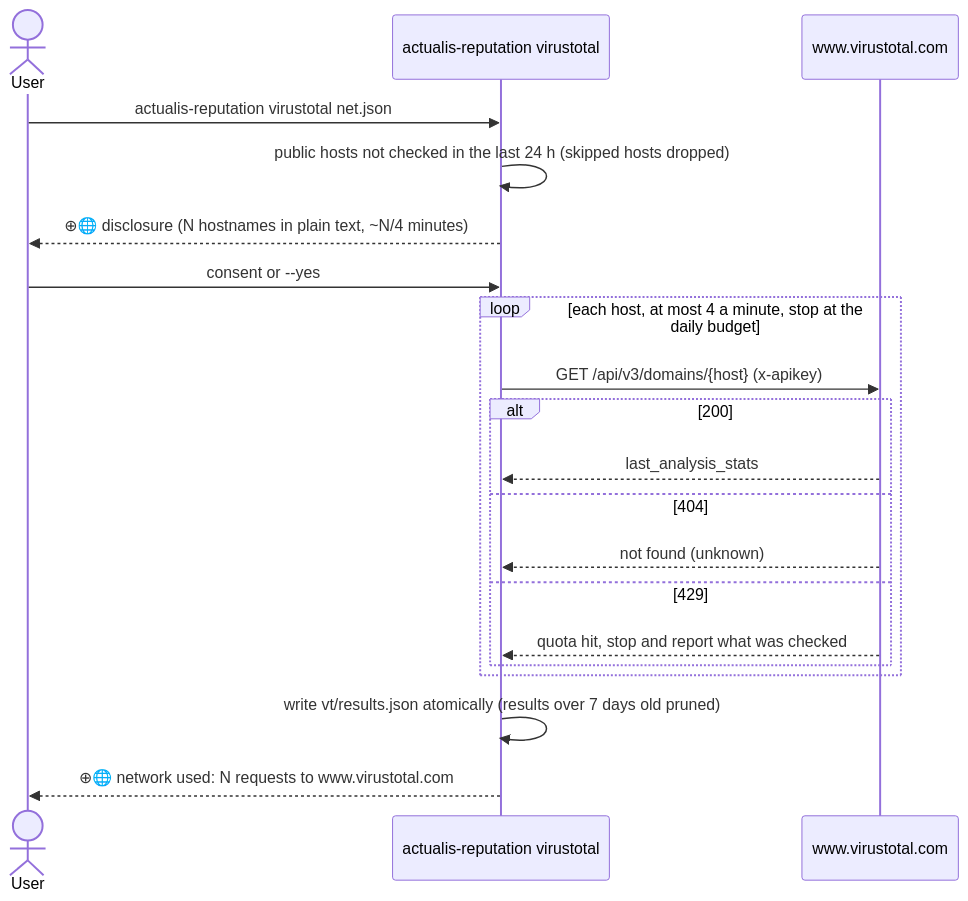
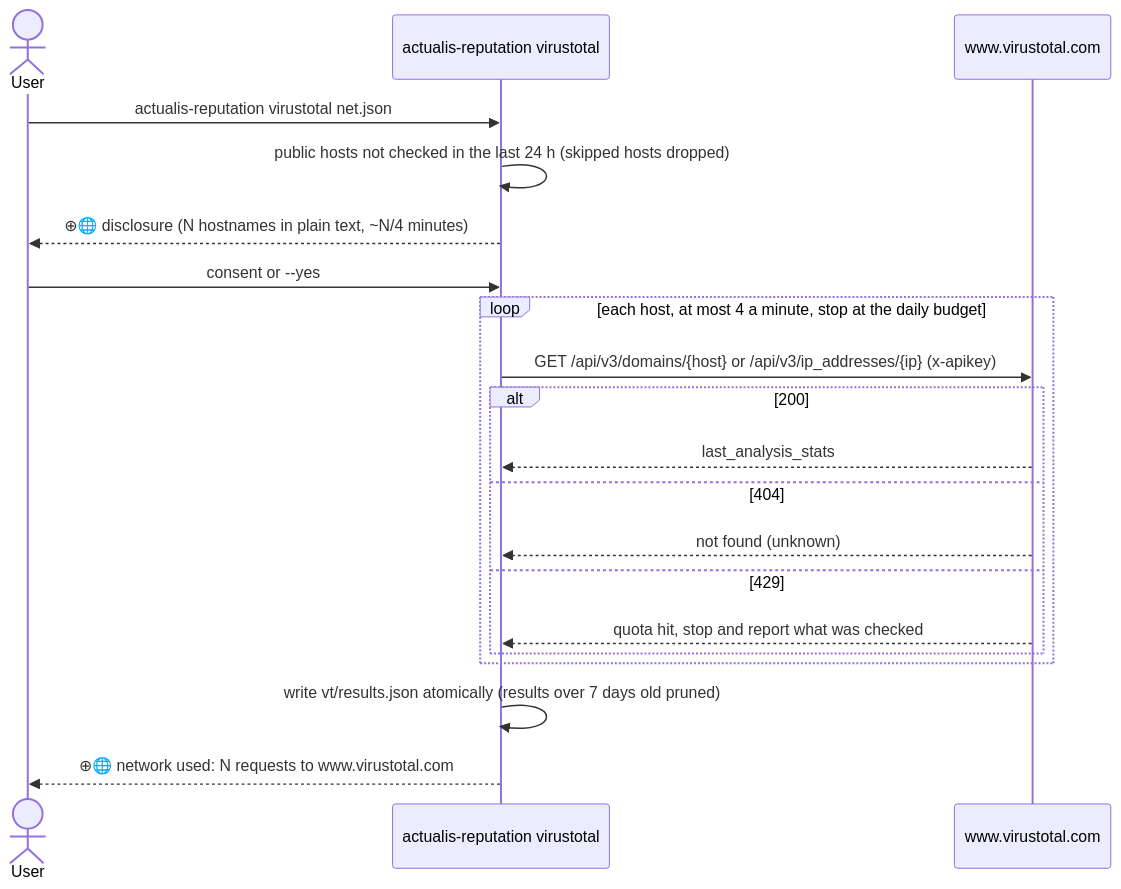
Before and after one commit to digital-foundry/actualis: the fifth of 8 diagrams in docs/reputation.md, drawn with Mermaid. The commit also changed other lines of this file and 2 other files, not shown here.

First line of the commit message:
Docs: mermaid-safe sequence messages, precise decoy and freshness wording

````diff
--- a/docs/reputation.md
+++ b/docs/reputation.md
@@ -358,22 +360,22 @@
 ```mermaid
 sequenceDiagram
   actor U as User
   participant R as actualis-reputation virustotal
   participant V as www.virustotal.com
   U->>R: actualis-reputation virustotal net.json
   R->>R: public hosts not checked in the last 24 h (skipped hosts dropped)
   R-->>U: ⊕🌐 disclosure (N hostnames in plain text, ~N/4 minutes)
   U->>R: consent or --yes
   loop each host, at most 4 a minute, stop at the daily budget
-    R->>V: GET /api/v3/domains/{host} (x-apikey)
+    R->>V: GET /api/v3/domains/{host} or /api/v3/ip_addresses/{ip} (x-apikey)
     alt 200
       V-->>R: last_analysis_stats
     else 404
       V-->>R: not found (unknown)
     else 429
       V-->>R: quota hit, stop and report what was checked
     end
   end
   R->>R: write vt/results.json atomically (results over 7 days old pruned)
   R-->>U: ⊕🌐 network used: N requests to www.virustotal.com
 ```
````
